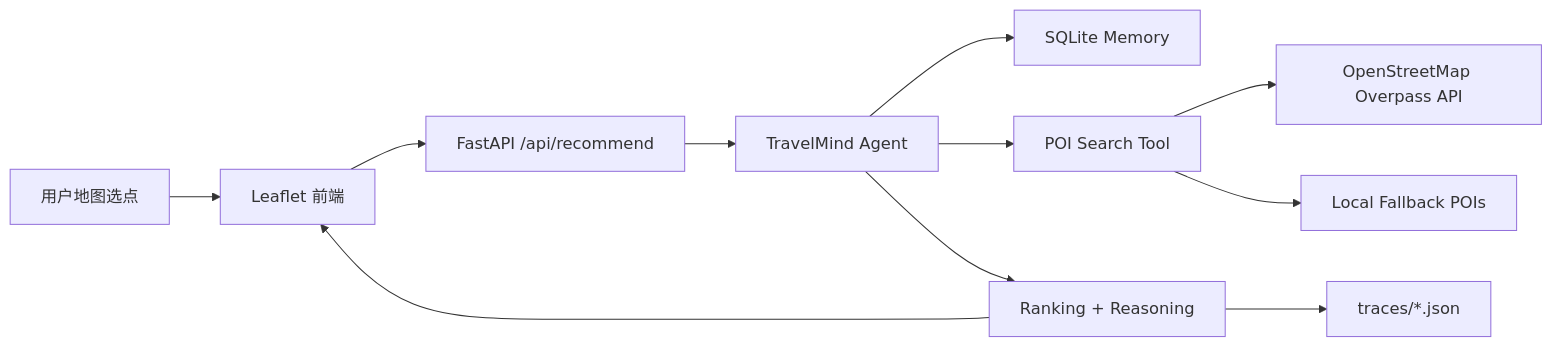
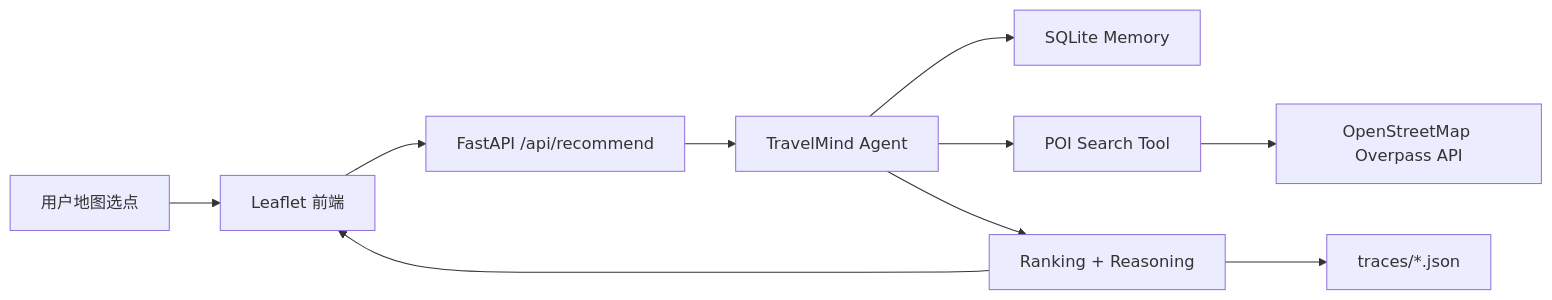
The first of 2 diagrams in specs/architecture_spec.md (HJW1029/cs599-project), drawn with Mermaid before and after one commit. The commit also changed other lines of this file and 3 other files, not shown here.

````diff
--- a/specs/architecture_spec.md
+++ b/specs/architecture_spec.md
@@ -5,13 +5,12 @@
 ```mermaid
 flowchart LR
   User["用户地图选点"] --> UI["Leaflet 前端"]
   UI --> API["FastAPI /api/recommend"]
   API --> Agent["TravelMind Agent"]
   Agent --> Memory["SQLite Memory"]
   Agent --> POITool["POI Search Tool"]
   POITool --> Overpass["OpenStreetMap Overpass API"]
-  POITool --> Fallback["Local Fallback POIs"]
   Agent --> Ranker["Ranking + Reasoning"]
   Ranker --> Trace["traces/*.json"]
   Ranker --> UI
 ```
````
